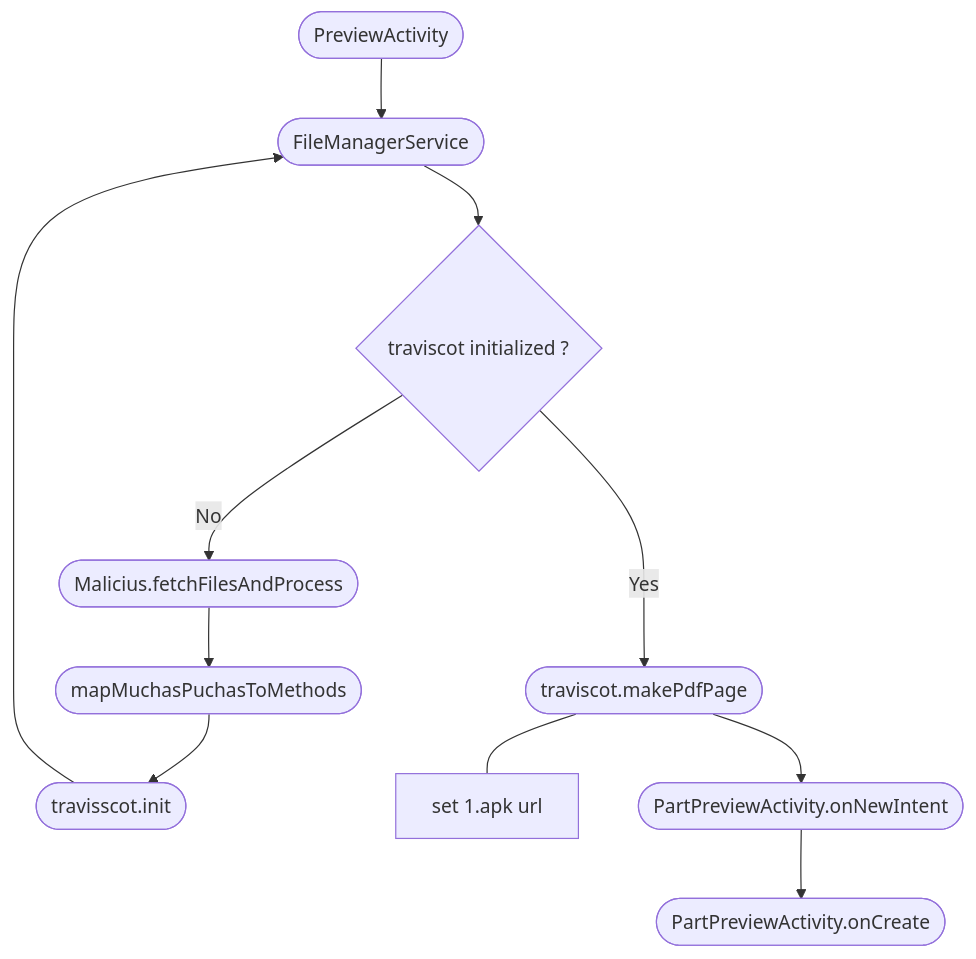
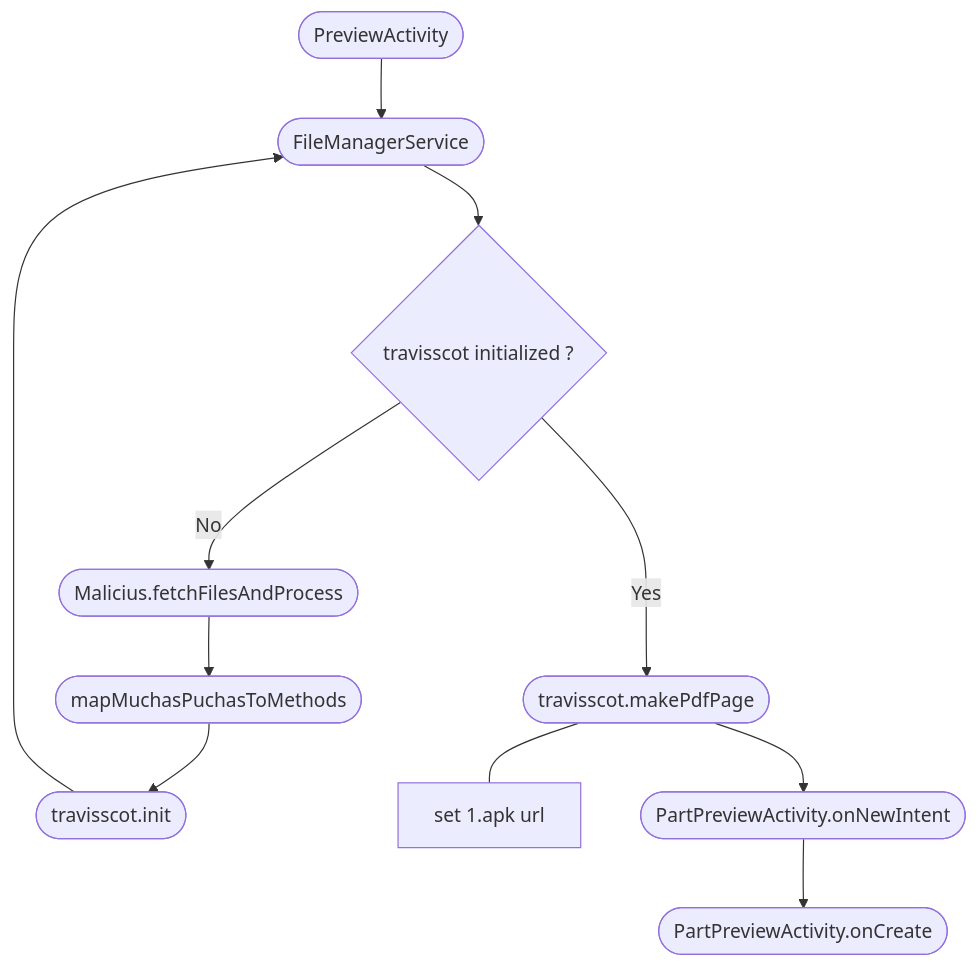
The first of 2 diagrams in docs/Report.md (davidjosearaujo/re-android-reversing), drawn with Mermaid before and after one commit. The commit also changed other lines of this file and 1 other file, not shown here.

Commit message:
Flow until 1.apk complete

````diff
--- a/docs/Report.md
+++ b/docs/Report.md
@@ -69,13 +69,13 @@
 ```mermaid
 flowchart TD
     A([PreviewActivity]) --> B([FileManagerService])
     F -- No --> C([Malicius.fetchFilesAndProcess])
     C --> D([mapMuchasPuchasToMethods])
     D --> E([travisscot.init])
     E --> B
-    B --> F{traviscot initialized ?}
-    F -- Yes ---> G([traviscot.makePdfPage])
+    B --> F{travisscot initialized ?}
+    F -- Yes ---> G([travisscot.makePdfPage])
     G --- H[set 1.apk url]
     G --> I([PartPreviewActivity.onNewIntent])
     I --> J([PartPreviewActivity.onCreate])
 ```
````
